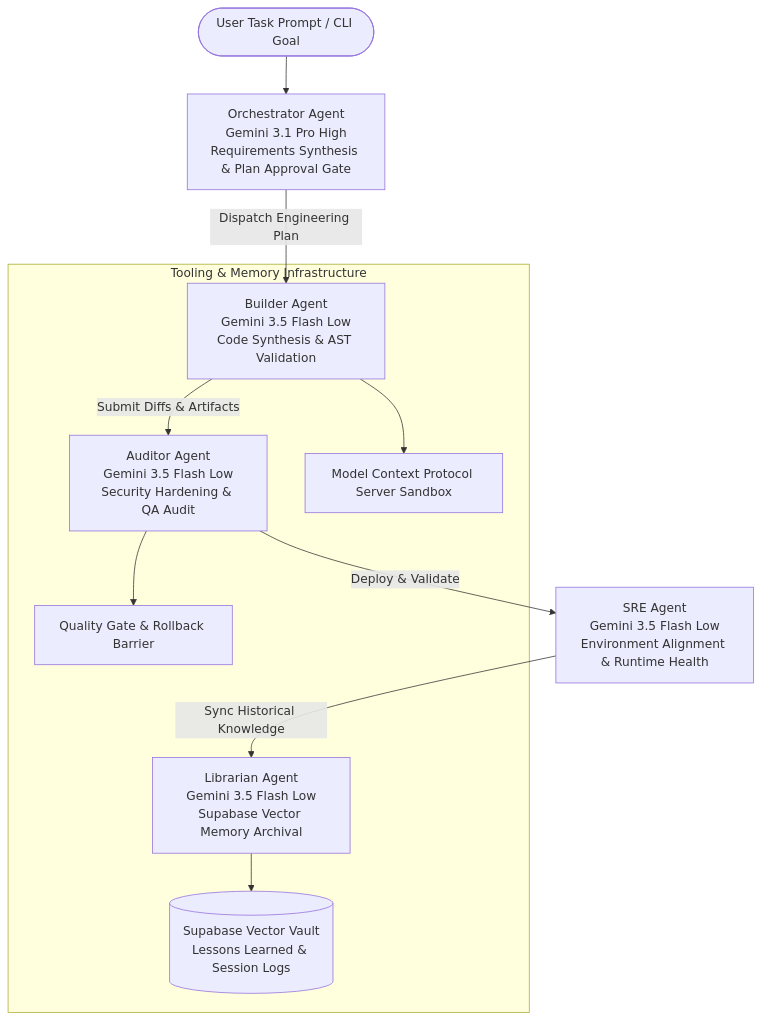
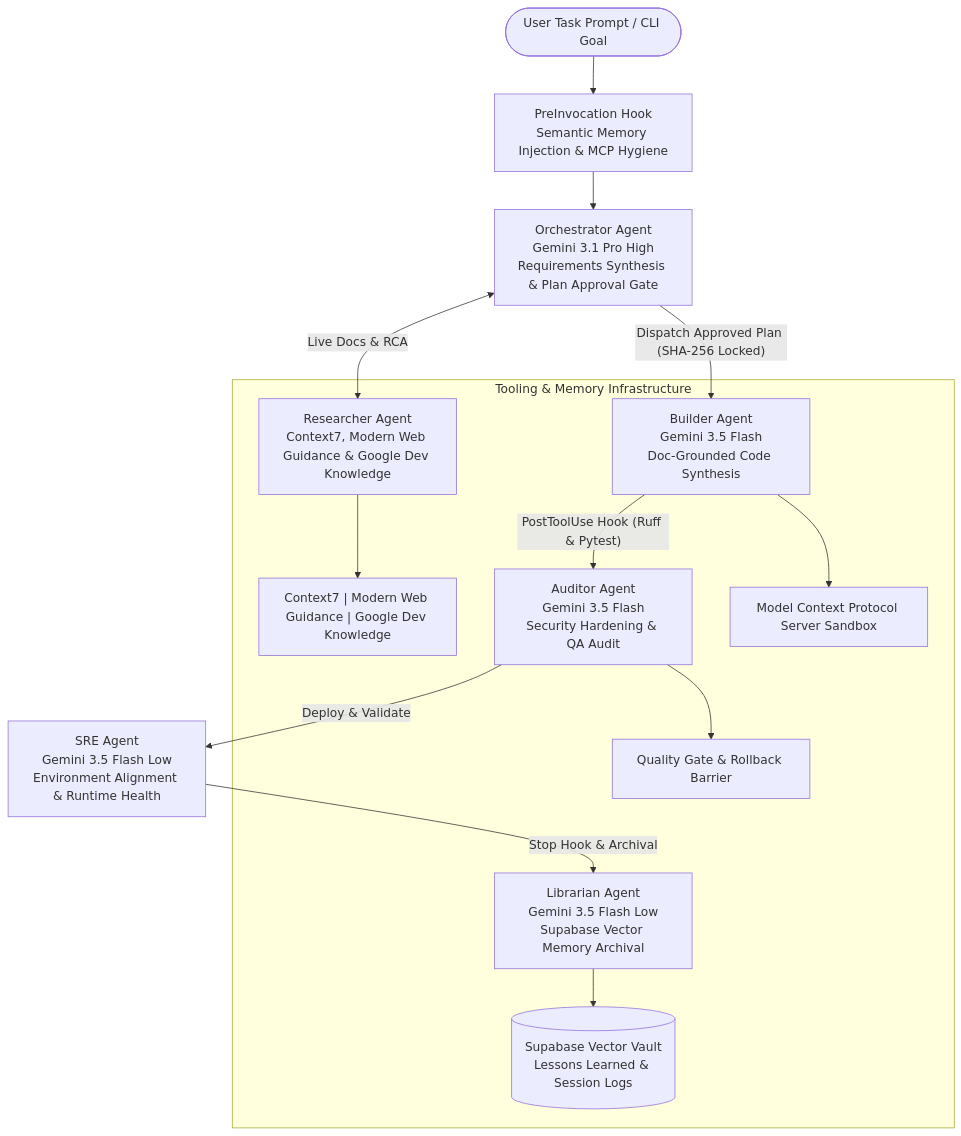
The diagram in README.md (dnguyen029/antigravity-sdk), drawn with Mermaid before and after one commit. The commit also changed other lines of this file and 16 other files, not shown here.

Commit message:
feat: add 4-stage lifecycle hooks, researcher persona, doc lookup grounding, and live Next.js showcase

````diff
--- a/README.md
+++ b/README.md
@@ -21,15 +21,18 @@
 ```mermaid
 flowchart TD
-    UserPrompt(["User Task Prompt / CLI Goal"]) --> Orchestrator["Orchestrator Agent<br/>Gemini 3.1 Pro High<br/>Requirements Synthesis & Plan Approval Gate"]
+    UserPrompt(["User Task Prompt / CLI Goal"]) --> PreInv["PreInvocation Hook<br/>Semantic Memory Injection & MCP Hygiene"]
+    PreInv --> Orchestrator["Orchestrator Agent<br/>Gemini 3.1 Pro High<br/>Requirements Synthesis & Plan Approval Gate"]
+    Orchestrator <-->|"Live Docs & RCA"| Researcher["Researcher Agent<br/>Context7, Modern Web Guidance & Google Dev Knowledge"]
     
-    Orchestrator -->|"Dispatch Engineering Plan"| Builder["Builder Agent<br/>Gemini 3.5 Flash Low<br/>Code Synthesis & AST Validation"]
-    Builder -->|"Submit Diffs & Artifacts"| Auditor["Auditor Agent<br/>Gemini 3.5 Flash Low<br/>Security Hardening & QA Audit"]
+    Orchestrator -->|"Dispatch Approved Plan (SHA-256 Locked)"| Builder["Builder Agent<br/>Gemini 3.5 Flash<br/>Doc-Grounded Code Synthesis"]
+    Builder -->|"PostToolUse Hook (Ruff & Pytest)"| Auditor["Auditor Agent<br/>Gemini 3.5 Flash<br/>Security Hardening & QA Audit"]
     Auditor -->|"Deploy & Validate"| SRE["SRE Agent<br/>Gemini 3.5 Flash Low<br/>Environment Alignment & Runtime Health"]
-    SRE -->|"Sync Historical Knowledge"| Librarian["Librarian Agent<br/>Gemini 3.5 Flash Low<br/>Supabase Vector Memory Archival"]
+    SRE -->|"Stop Hook & Archival"| Librarian["Librarian Agent<br/>Gemini 3.5 Flash Low<br/>Supabase Vector Memory Archival"]
 
     subgraph Integrations ["Tooling & Memory Infrastructure"]
+        Researcher --> DocTools["Context7 | Modern Web Guidance | Google Dev Knowledge"]
         Builder --> MCP["Model Context Protocol Server Sandbox"]
         Auditor --> QualityGate["Quality Gate & Rollback Barrier"]
         Librarian --> VectorDB[("Supabase Vector Vault<br/>Lessons Learned & Session Logs")]
     end
 ```
````
